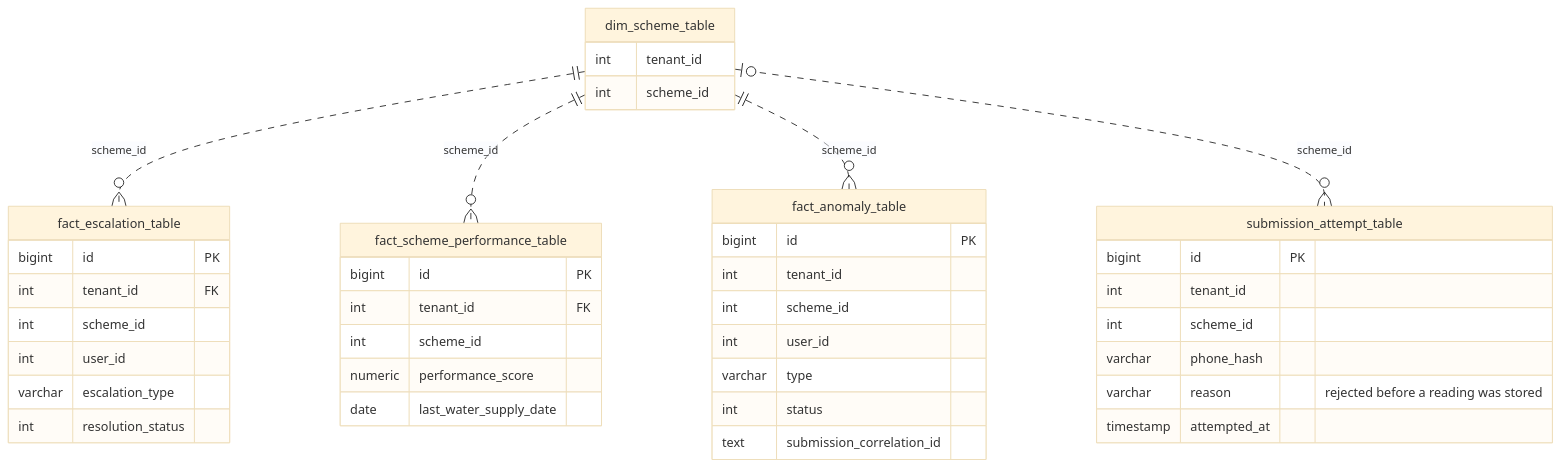
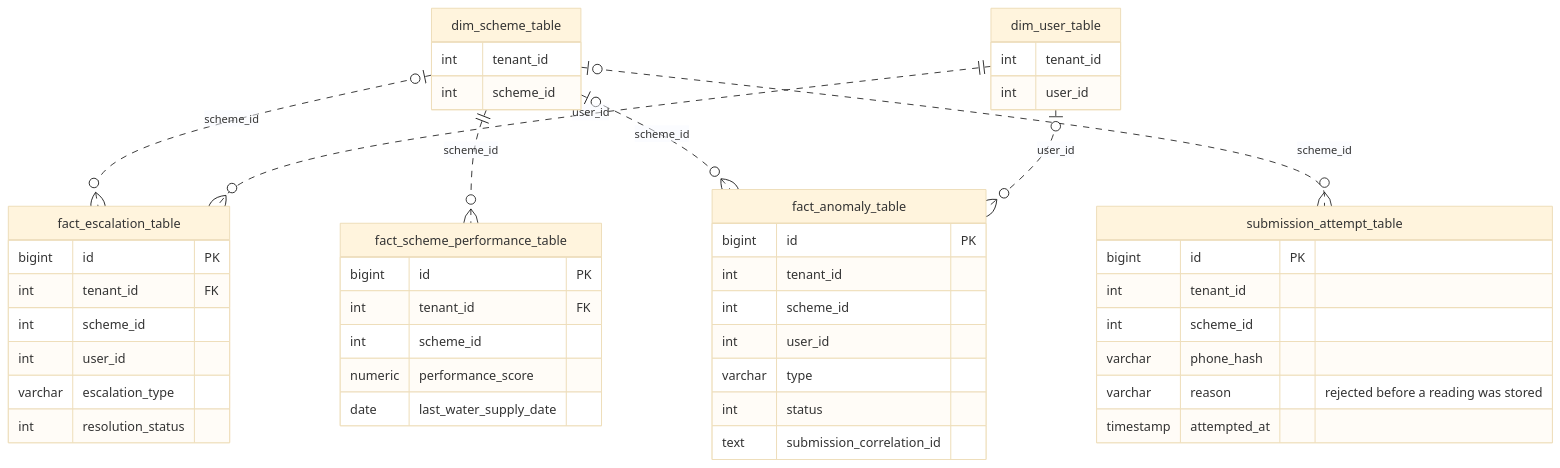
Before and after one commit to arghyam/JalSoochak: the seventh of 8 diagrams in gitbook/database-er-diagram.md, drawn with Mermaid (base theme). The commit also changed other lines of this file and 1 other file, not shown here.

Commit message:
Address review on the ER diagram docs
- List analytics tables by their physical names, with the _table suffix.
- Name common_schema.language_master_table explicitly and point to the
  per-tenant language_master_table the services actually read.
- Link dim_user_table to the water quantity, operator attendance,
  escalation and anomaly facts on user_id.
- Draw scheme_id as optional on fact_escalation_table and
  fact_anomaly_table, where the column is nullable.

````diff
--- a/gitbook/database-er-diagram.md
+++ b/gitbook/database-er-diagram.md
@@ -439,44 +441,50 @@
 ```mermaid
 erDiagram
     dim_scheme_table {
         int tenant_id
         int scheme_id
+    }
+    dim_user_table {
+        int tenant_id
+        int user_id
     }
     fact_escalation_table {
         bigint id PK
         int tenant_id FK
         int scheme_id
         int user_id
         varchar escalation_type
         int resolution_status
     }
     fact_scheme_performance_table {
         bigint id PK
         int tenant_id FK
         int scheme_id
         numeric performance_score
         date last_water_supply_date
     }
     fact_anomaly_table {
         bigint id PK
         int tenant_id
         int scheme_id
         int user_id
         varchar type
         int status
         text submission_correlation_id
     }
     submission_attempt_table {
         bigint id PK
         int tenant_id
         int scheme_id
         varchar phone_hash
         varchar reason "rejected before a reading was stored"
         timestamp attempted_at
     }
 
-    dim_scheme_table ||..o{ fact_escalation_table : "scheme_id"
+    dim_scheme_table |o..o{ fact_escalation_table : "scheme_id"
     dim_scheme_table ||..o{ fact_scheme_performance_table : "scheme_id"
-    dim_scheme_table ||..o{ fact_anomaly_table : "scheme_id"
+    dim_scheme_table |o..o{ fact_anomaly_table : "scheme_id"
     dim_scheme_table |o..o{ submission_attempt_table : "scheme_id"
+    dim_user_table ||..o{ fact_escalation_table : "user_id"
+    dim_user_table |o..o{ fact_anomaly_table : "user_id"
 ```
````
